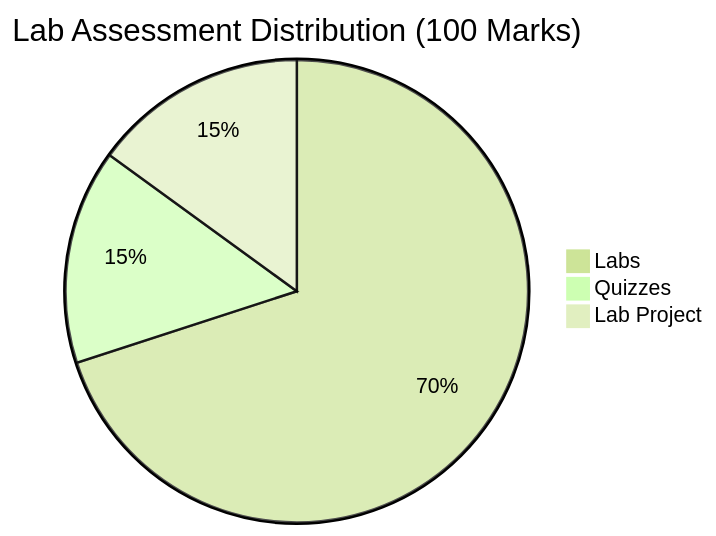
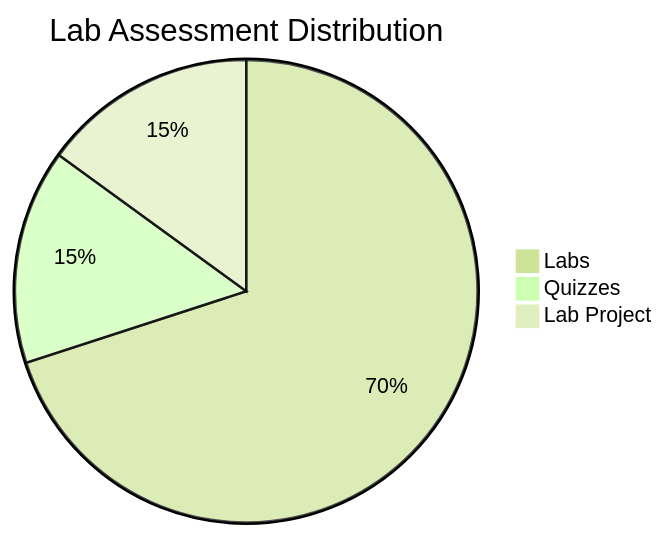
The third of 13 diagrams in README.md (Talha-Yaseen-Hub/Database-Management-Systems-DBMS-Complete-Semester-Material-Theory-Lab), drawn with Mermaid (forest theme) before and after one commit. The commit also changed other lines of this file, not shown here.

````diff
--- a/README.md
+++ b/README.md
@@ -191,6 +294,6 @@
 ```mermaid
-pie title Lab Assessment Distribution (100 Marks)
+pie title Lab Assessment Distribution
     "Labs" : 70
     "Quizzes" : 15
     "Lab Project" : 15
 ```
````
